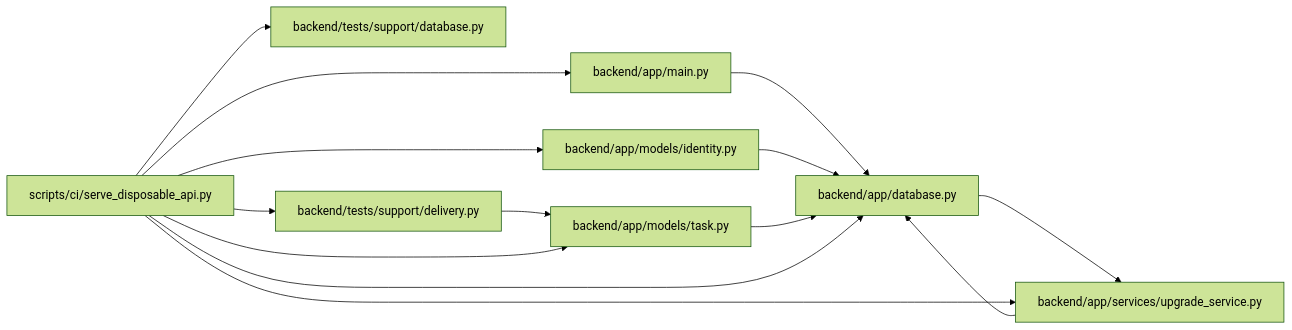
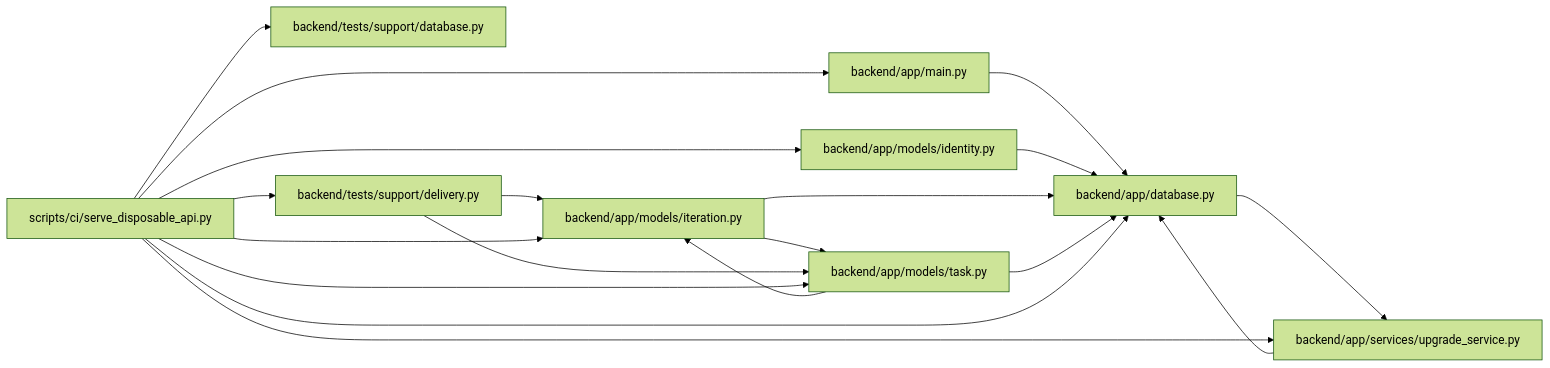
One commit to Denissvgn/WorkChord changed the diagram in docs/llm_wiki/modules/serve_disposable_api.md. Above: the diagram before and after it, drawn with Mermaid (forest theme). The commit also changed other lines of this file and 339 other files, not shown here.

````diff
--- a/docs/llm_wiki/modules/serve_disposable_api.md
+++ b/docs/llm_wiki/modules/serve_disposable_api.md
@@ -33,32 +36,39 @@
 ```mermaid
 flowchart LR
     n0["backend/app/database.py"]
     n1["backend/app/main.py"]
     n2["backend/app/models/identity.py"]
-    n3["backend/app/models/task.py"]
-    n4["backend/app/services/upgrade_service.py"]
-    n5["backend/tests/support/database.py"]
-    n6["backend/tests/support/delivery.py"]
-    n7["scripts/ci/serve_disposable_api.py"]
-    n0 --> n4
+    n3["backend/app/models/iteration.py"]
+    n4["backend/app/models/task.py"]
+    n5["backend/app/services/upgrade_service.py"]
+    n6["backend/tests/support/database.py"]
+    n7["backend/tests/support/delivery.py"]
+    n8["scripts/ci/serve_disposable_api.py"]
+    n0 --> n5
     n1 --> n0
     n2 --> n0
     n3 --> n0
+    n3 --> n4
     n4 --> n0
-    n6 --> n3
-    n7 --> n0
-    n7 --> n1
-    n7 --> n2
+    n4 --> n3
+    n5 --> n0
     n7 --> n3
     n7 --> n4
-    n7 --> n5
-    n7 --> n6
+    n8 --> n0
+    n8 --> n1
+    n8 --> n2
+    n8 --> n3
+    n8 --> n4
+    n8 --> n5
+    n8 --> n6
+    n8 --> n7
     click n0 "../modules/app_database.md"
     click n1 "../modules/app_main.md"
     click n2 "../modules/models_identity.md"
-    click n3 "../modules/models_task.md"
-    click n4 "../modules/upgrade_service.md"
-    click n5 "../modules/support_database.md"
-    click n6 "../modules/delivery.md"
-    click n7 "../modules/serve_disposable_api.md"
+    click n3 "../modules/models_iteration.md"
+    click n4 "../modules/models_task.md"
+    click n5 "../modules/upgrade_service.md"
+    click n6 "../modules/support_database.md"
+    click n7 "../modules/delivery.md"
+    click n8 "../modules/serve_disposable_api.md"
 ```
````
